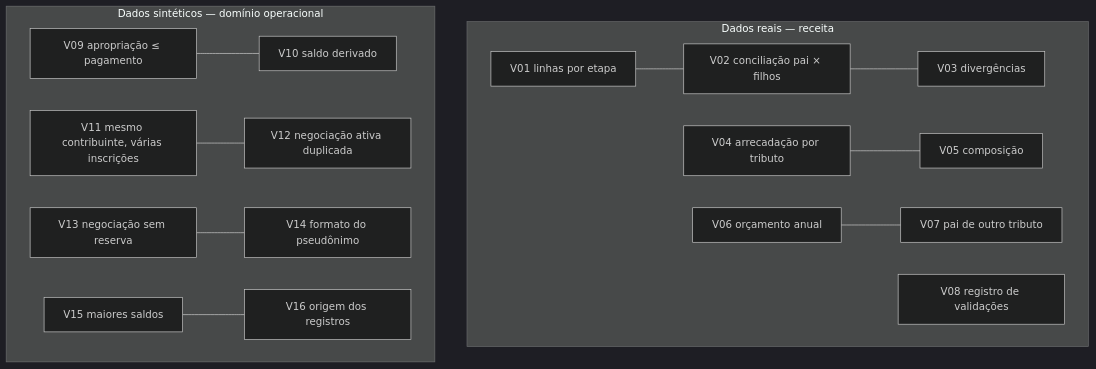
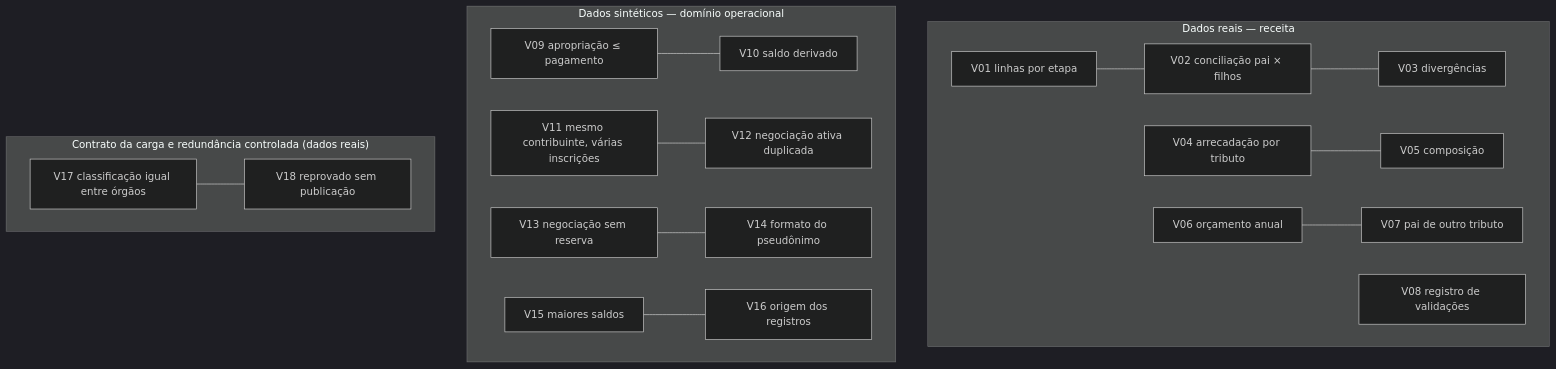
One commit to guilhermercmoraes-tech/PI2_Sprint2-Grupo-1-UFT changed the second of 2 diagrams in docs/parte2/4_consultas_validacao.md. Above: the diagram before and after it, drawn with Mermaid (dark theme). The commit also changed other lines of this file and 23 other files, not shown here.

````diff
--- a/docs/parte2/4_consultas_validacao.md
+++ b/docs/parte2/4_consultas_validacao.md
@@ -26,16 +26,19 @@
 ```mermaid
 flowchart TB
     subgraph REAL["Dados reais — receita"]
         V01[V01 linhas por etapa] --- V02[V02 conciliação pai × filhos]
         V02 --- V03[V03 divergências]
         V04[V04 arrecadação por tributo] --- V05[V05 composição]
         V06[V06 orçamento anual] --- V07[V07 pai de outro tributo]
         V08[V08 registro de validações]
     end
     subgraph SINT["Dados sintéticos — domínio operacional"]
         V09[V09 apropriação ≤ pagamento] --- V10[V10 saldo derivado]
         V11[V11 mesmo contribuinte, várias inscrições] --- V12[V12 negociação ativa duplicada]
         V13[V13 negociação sem reserva] --- V14[V14 formato do pseudônimo]
         V15[V15 maiores saldos] --- V16[V16 origem dos registros]
     end
+    subgraph CONTRATO["Contrato da carga e redundância controlada (dados reais)"]
+        V17[V17 classificação igual entre órgãos] --- V18[V18 reprovado sem publicação]
+    end
 ```
````
